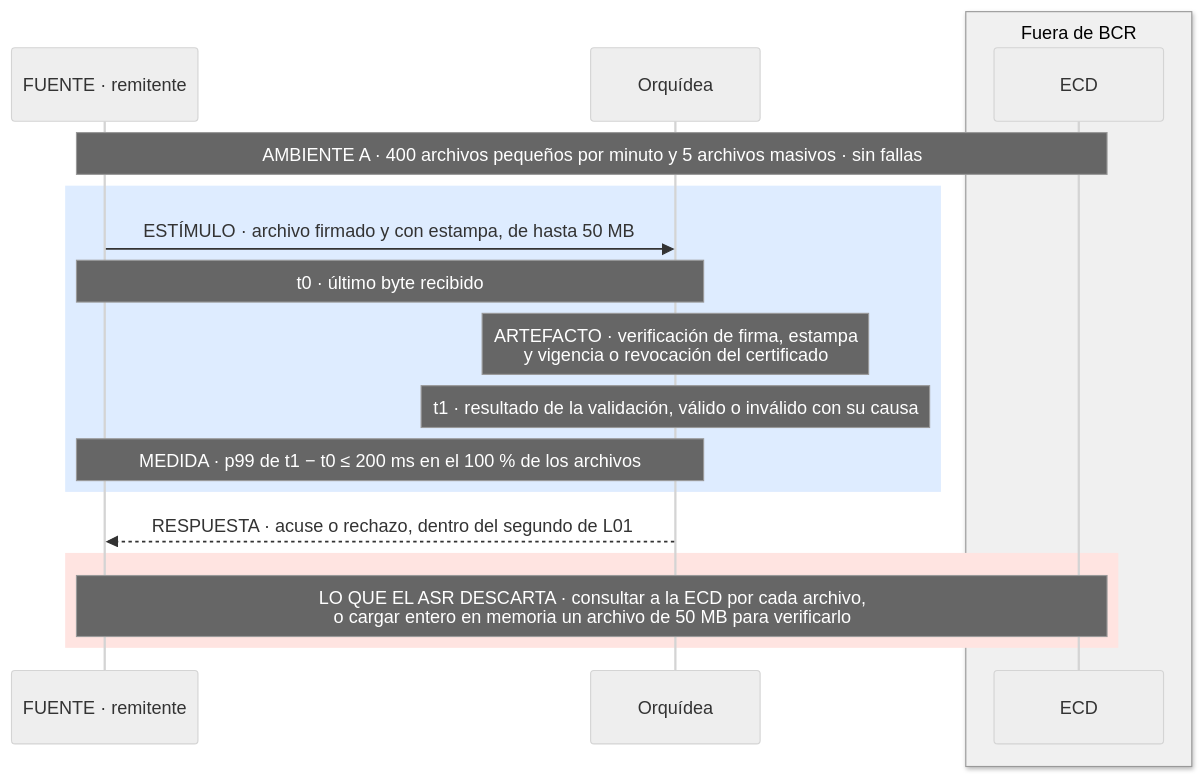
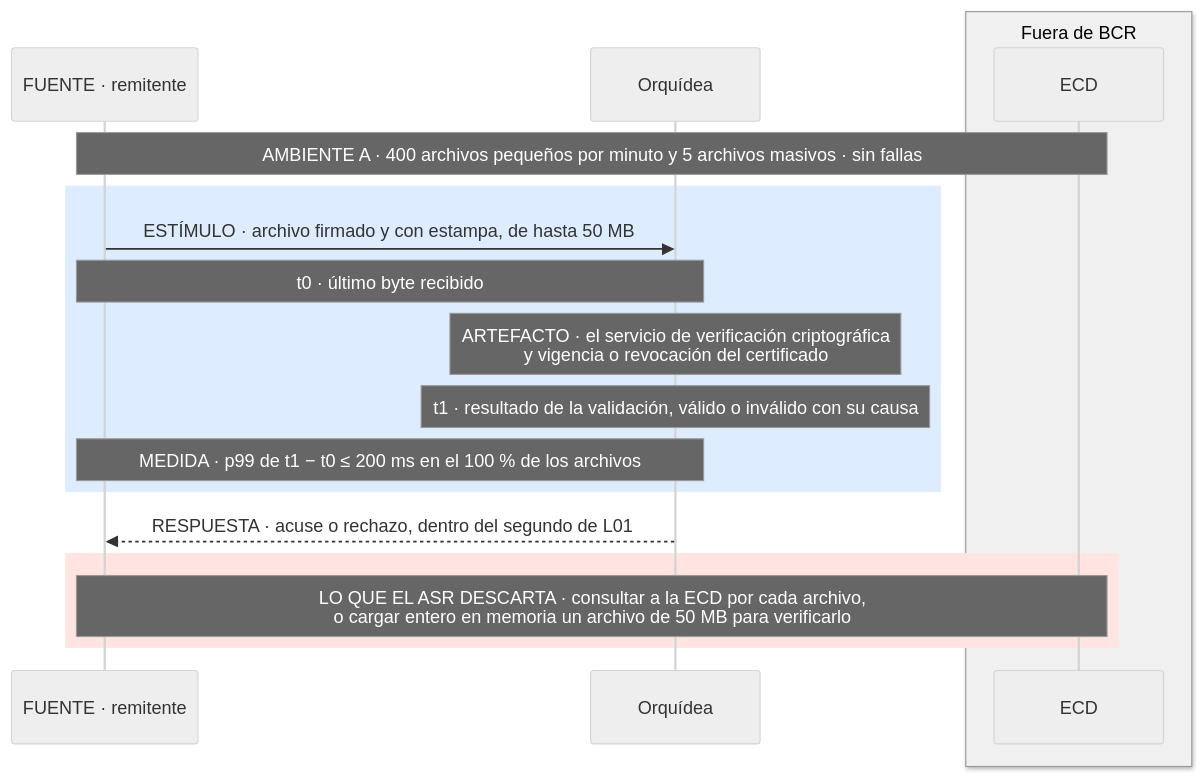
Before and after one commit to MATI-MBIT/arqsoft-reto-4: the fifth of 17 diagrams in docs/quality-attributes.md, drawn with Mermaid (neutral theme). The commit also changed other lines of this file and 3 other files, not shown here.

````diff
--- a/docs/quality-attributes.md
+++ b/docs/quality-attributes.md
@@ -327,20 +327,20 @@
 ```mermaid
 sequenceDiagram
     participant R as FUENTE · remitente
     participant O as Orquídea
     box rgb(240,240,240) Fuera de BCR
     participant E as ECD
     end
     Note over R,E: AMBIENTE A · 400 archivos pequeños por minuto y 5 archivos masivos · sin fallas
     rect rgb(222, 236, 255)
     R->>O: ESTÍMULO · archivo firmado y con estampa, de hasta 50 MB
     Note over R,O: t0 · último byte recibido
-    Note over O: ARTEFACTO · verificación de firma, estampa<br/>y vigencia o revocación del certificado
+    Note over O: ARTEFACTO · el servicio de verificación criptográfica<br/>y vigencia o revocación del certificado
     Note over O: t1 · resultado de la validación, válido o inválido con su causa
     Note over R,O: MEDIDA · p99 de t1 − t0 ≤ 200 ms en el 100 % de los archivos
     end
     O-->>R: RESPUESTA · acuse o rechazo, dentro del segundo de L01
     rect rgb(255, 228, 225)
     Note over R,E: LO QUE EL ASR DESCARTA · consultar a la ECD por cada archivo,<br/>o cargar entero en memoria un archivo de 50 MB para verificarlo
     end
 ```
````
